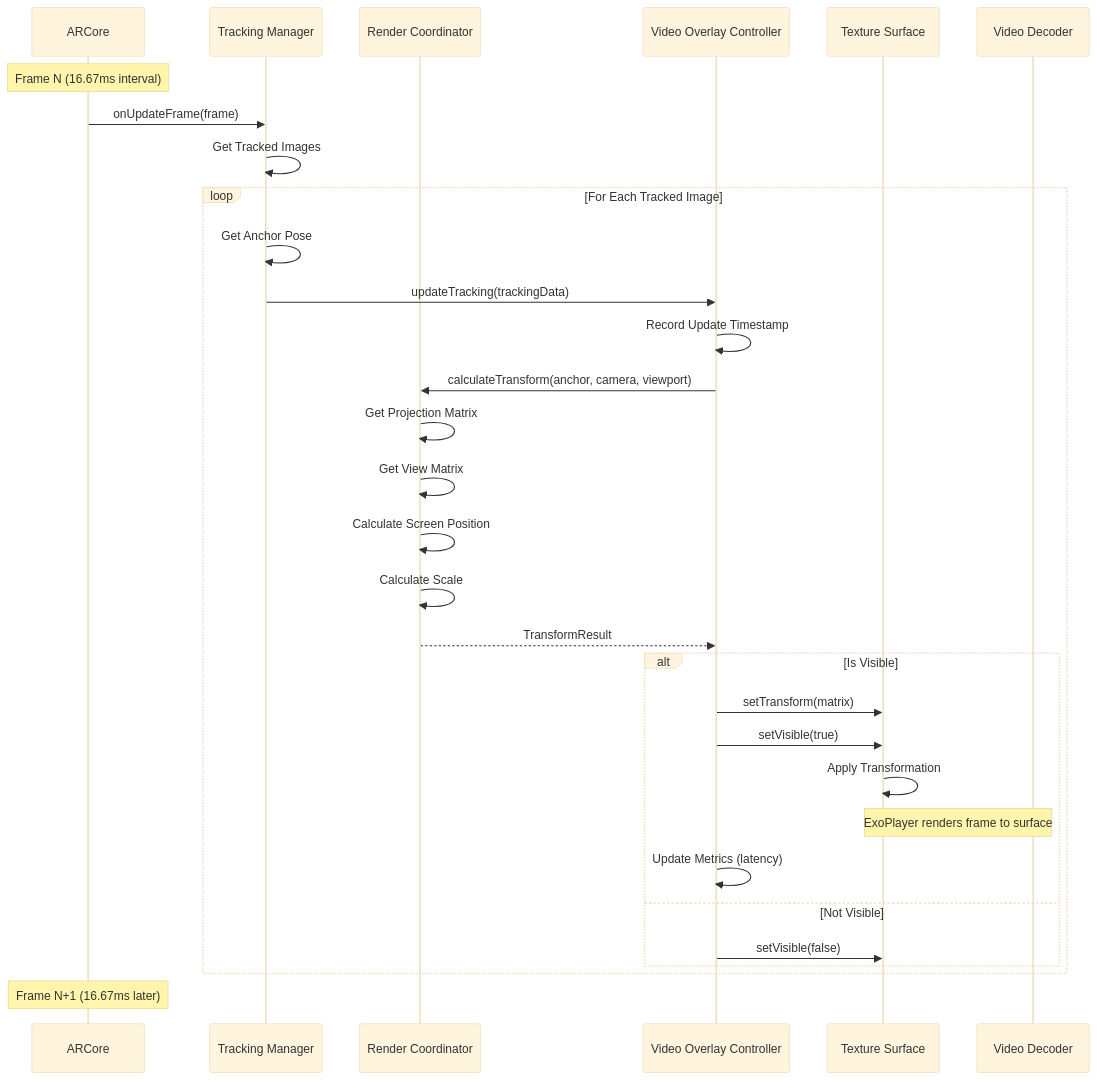
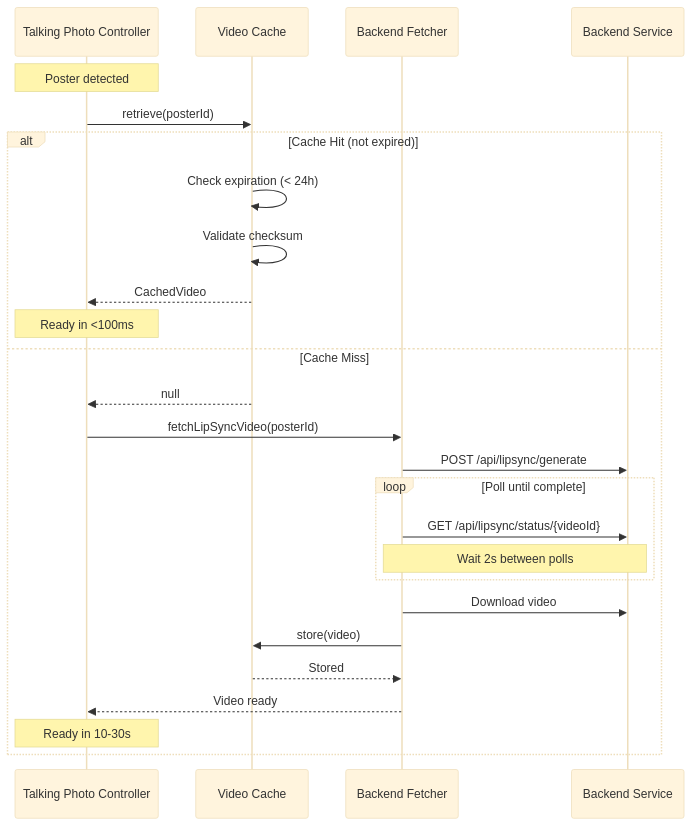
One commit to ajitreddy013/TalkAR changed the fifth of 7 diagrams in .kiro/specs/ar-video-overlay-tracking/design.md. Above: the diagram before and after it, drawn with Mermaid (base theme). The commit also changed other lines of this file and 2 other files, not shown here.

Commit message:
Update spec files - Phase 2 complete

````diff
--- a/.kiro/specs/ar-video-overlay-tracking/design.md
+++ b/.kiro/specs/ar-video-overlay-tracking/design.md
@@ -678,42 +1747,33 @@
 ```mermaid
 sequenceDiagram
-    participant AR as ARCore
-    participant TM as Tracking Manager
-    participant RC as Render Coordinator
-    participant VC as Video Overlay Controller
-    participant TS as Texture Surface
-    participant VD as Video Decoder
+    participant TC as Talking Photo Controller
+    participant VC as Video Cache
+    participant BF as Backend Fetcher
+    participant BE as Backend Service
     
-    Note over AR: Frame N (16.67ms interval)
+    Note over TC: Poster detected
     
-    AR->>TM: onUpdateFrame(frame)
-    TM->>TM: Get Tracked Images
+    TC->>VC: retrieve(posterId)
     
-    loop For Each Tracked Image
-        TM->>TM: Get Anchor Pose
-        TM->>VC: updateTracking(trackingData)
+    alt Cache Hit (not expired)
+        VC->>VC: Check expiration (< 24h)
+        VC->>VC: Validate checksum
+        VC-->>TC: CachedVideo
+        Note over TC: Ready in <100ms
+    else Cache Miss
+        VC-->>TC: null
+        TC->>BF: fetchLipSyncVideo(posterId)
+        BF->>BE: POST /api/lipsync/generate
         
-        VC->>VC: Record Update Timestamp
-        VC->>RC: calculateTransform(anchor, camera, viewport)
+        loop Poll until complete
+            BF->>BE: GET /api/lipsync/status/{videoId}
+            Note over BF,BE: Wait 2s between polls
+        end
         
-        RC->>RC: Get Projection Matrix
-        RC->>RC: Get View Matrix
-        RC->>RC: Calculate Screen Position
-        RC->>RC: Calculate Scale
-        RC-->>VC: TransformResult
-        
-        alt Is Visible
-            VC->>TS: setTransform(matrix)
-            VC->>TS: setVisible(true)
-            TS->>TS: Apply Transformation
-            
-            Note over VD,TS: ExoPlayer renders frame to surface
-            
-            VC->>VC: Update Metrics (latency)
-        else Not Visible
-            VC->>TS: setVisible(false)
-        end
+        BF->>BE: Download video
+        BF->>VC: store(video)
+        VC-->>BF: Stored
+        BF-->>TC: Video ready
+        Note over TC: Ready in 10-30s
     end
-    
-    Note over AR: Frame N+1 (16.67ms later)
 ```
````
